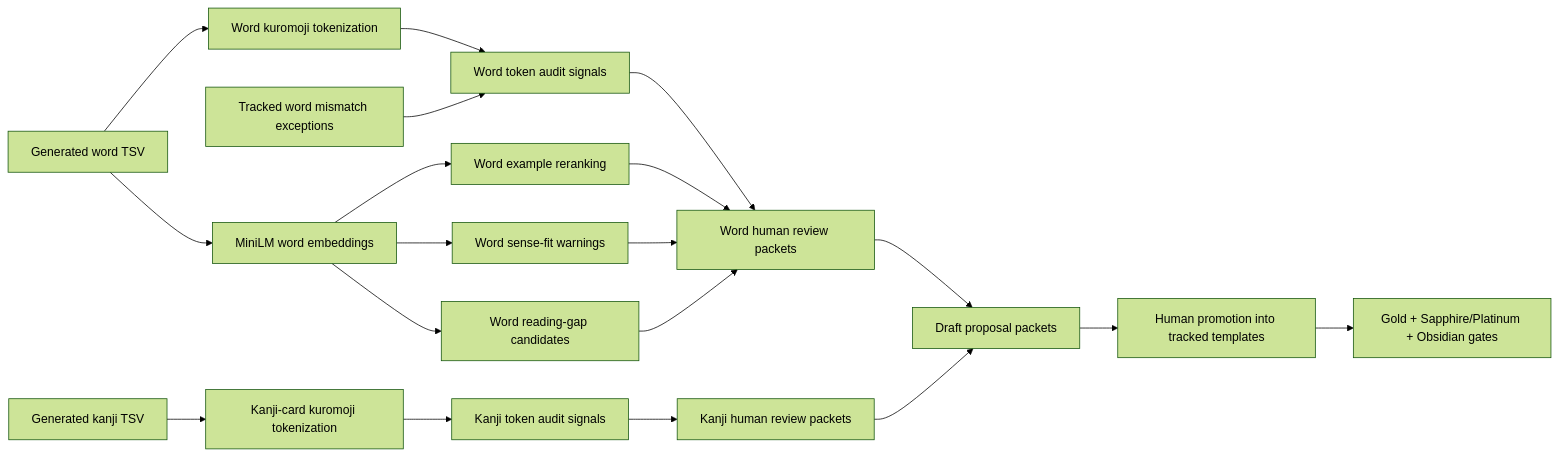
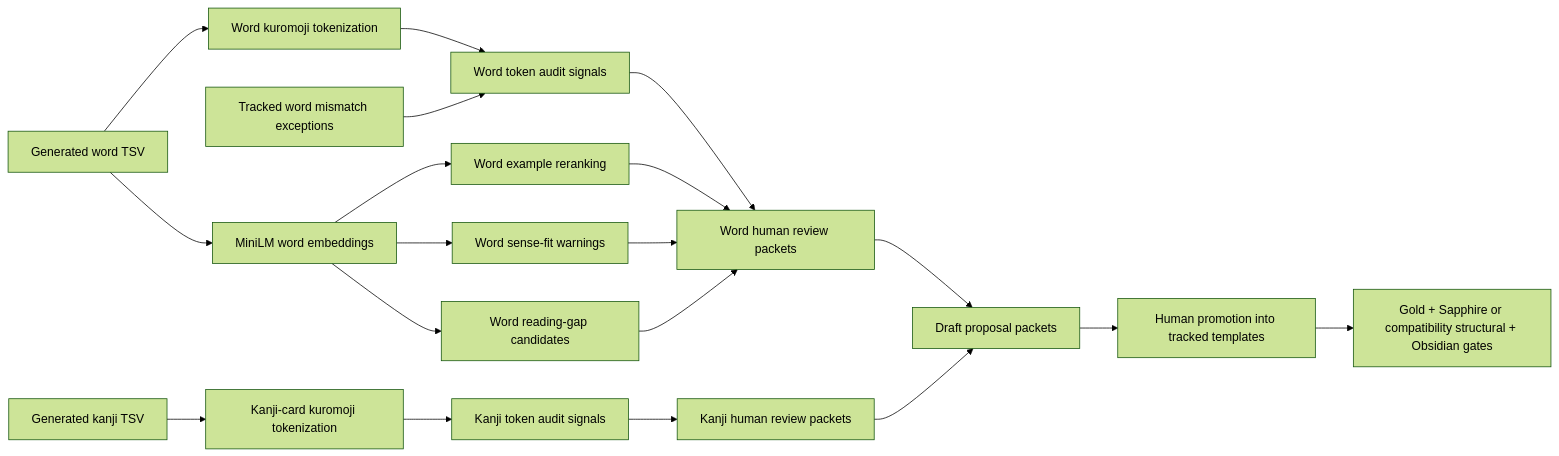
One commit to JeremiahM18/japanese-kanji-anki-builder changed the second of 2 diagrams in README.md. Above: the diagram before and after it, drawn with Mermaid (forest theme). The commit also changed other lines of this file and 31 other files, not shown here.

````diff
--- a/README.md
+++ b/README.md
@@ -350,21 +351,21 @@
 ```mermaid
 flowchart LR
     A["Generated word TSV"] --> B["Word kuromoji tokenization"]
     A --> C["MiniLM word embeddings"]
     B --> D["Word token audit signals"]
     P["Tracked word mismatch exceptions"] --> D
     C --> E["Word example reranking"]
     C --> F["Word sense-fit warnings"]
     C --> G["Word reading-gap candidates"]
     D --> H["Word human review packets"]
     E --> H
     F --> H
     G --> H
     K["Generated kanji TSV"] --> L["Kanji-card kuromoji tokenization"]
     L --> M["Kanji token audit signals"]
     M --> N["Kanji human review packets"]
     H --> I["Draft proposal packets"]
     N --> I
     I --> J["Human promotion into tracked templates"]
-    J --> O["Gold + Sapphire/Platinum + Obsidian gates"]
+    J --> O["Gold + Sapphire or compatibility structural + Obsidian gates"]
 ```
````
